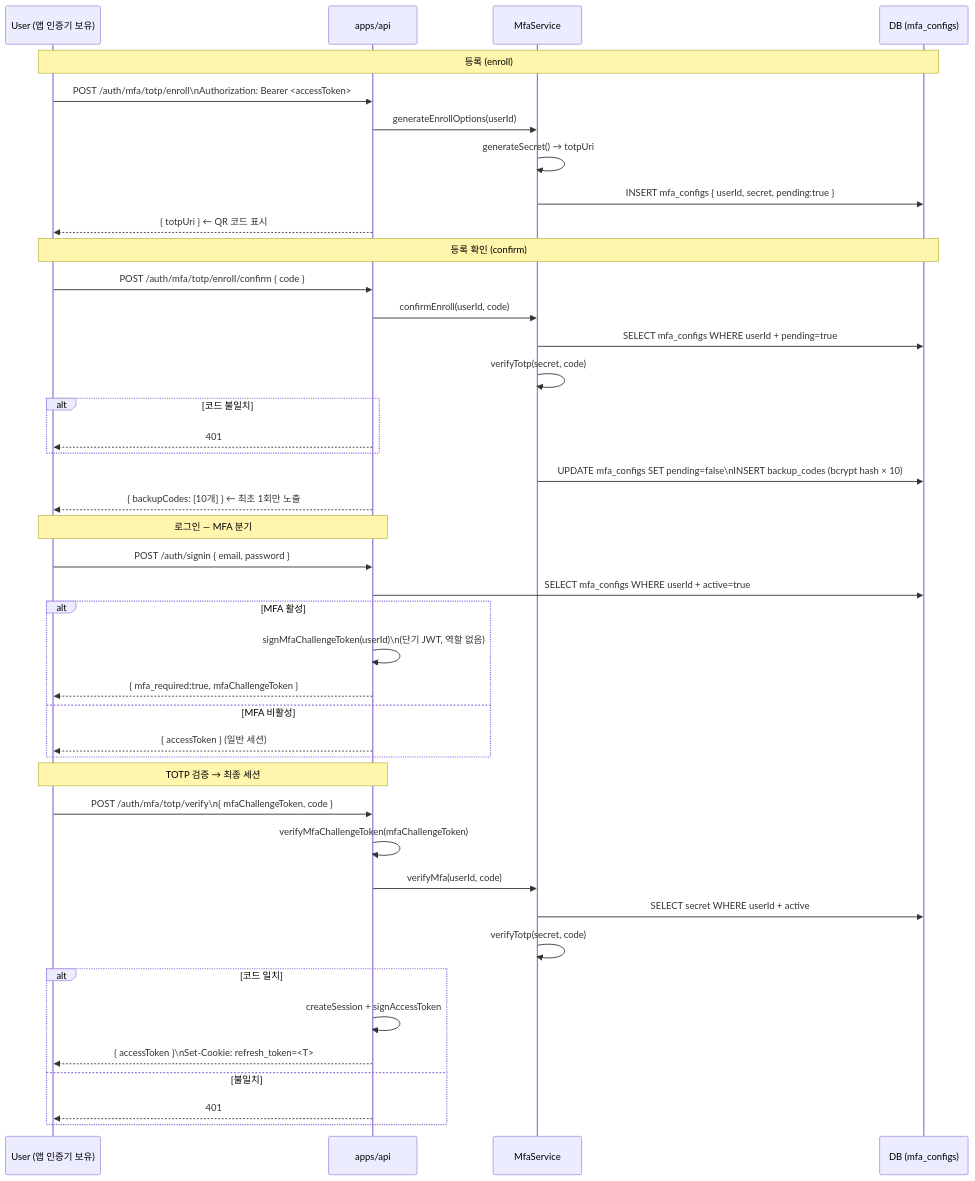
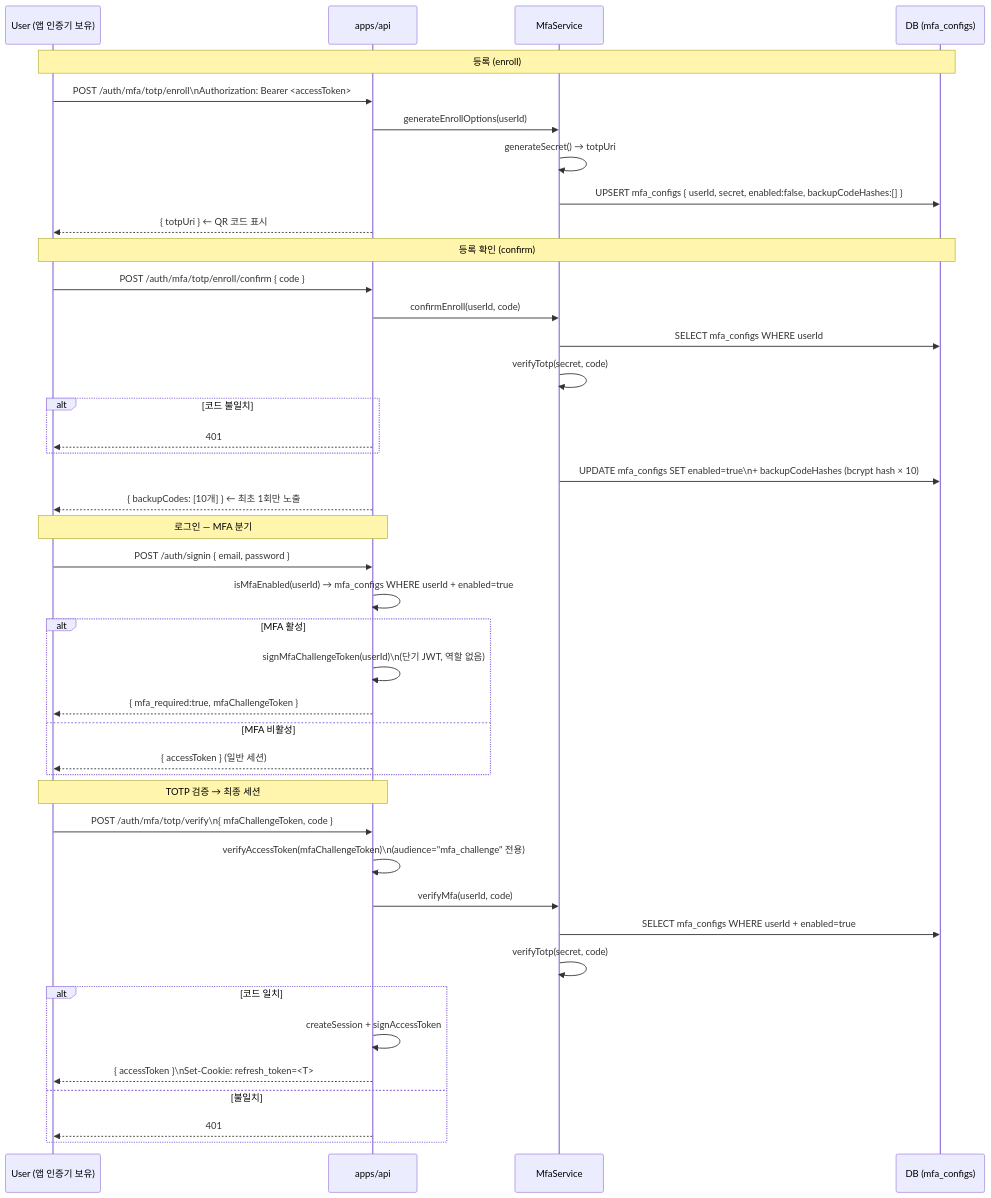
Before and after one commit to Changsik00/service-foundry: the diagram in docs/explainers/auth/mfa-totp-challenge.md, drawn with Mermaid. The commit also changed other lines of this file and 7 other files, not shown here.

````diff
--- a/docs/explainers/auth/mfa-totp-challenge.md
+++ b/docs/explainers/auth/mfa-totp-challenge.md
@@ -18,48 +18,48 @@
 ```mermaid
 sequenceDiagram
     participant U as User (앱 인증기 보유)
     participant API as apps/api
     participant MFA as MfaService
     participant DB as DB (mfa_configs)
 
     Note over U,DB: 등록 (enroll)
     U->>API: POST /auth/mfa/totp/enroll\nAuthorization: Bearer <accessToken>
     API->>MFA: generateEnrollOptions(userId)
     MFA->>MFA: generateSecret() → totpUri
-    MFA->>DB: INSERT mfa_configs { userId, secret, pending:true }
+    MFA->>DB: UPSERT mfa_configs { userId, secret, enabled:false, backupCodeHashes:[] }
     API-->>U: { totpUri } ← QR 코드 표시
 
     Note over U,DB: 등록 확인 (confirm)
     U->>API: POST /auth/mfa/totp/enroll/confirm { code }
     API->>MFA: confirmEnroll(userId, code)
-    MFA->>DB: SELECT mfa_configs WHERE userId + pending=true
+    MFA->>DB: SELECT mfa_configs WHERE userId
     MFA->>MFA: verifyTotp(secret, code)
     alt 코드 불일치
         API-->>U: 401
     end
-    MFA->>DB: UPDATE mfa_configs SET pending=false\nINSERT backup_codes (bcrypt hash × 10)
+    MFA->>DB: UPDATE mfa_configs SET enabled=true\n+ backupCodeHashes (bcrypt hash × 10)
     API-->>U: { backupCodes: [10개] } ← 최초 1회만 노출
 
     Note over U,API: 로그인 — MFA 분기
     U->>API: POST /auth/signin { email, password }
-    API->>DB: SELECT mfa_configs WHERE userId + active=true
+    API->>API: isMfaEnabled(userId) → mfa_configs WHERE userId + enabled=true
     alt MFA 활성
         API->>API: signMfaChallengeToken(userId)\n(단기 JWT, 역할 없음)
         API-->>U: { mfa_required:true, mfaChallengeToken }
     else MFA 비활성
         API-->>U: { accessToken } (일반 세션)
     end
 
     Note over U,API: TOTP 검증 → 최종 세션
     U->>API: POST /auth/mfa/totp/verify\n{ mfaChallengeToken, code }
-    API->>API: verifyMfaChallengeToken(mfaChallengeToken)
+    API->>API: verifyAccessToken(mfaChallengeToken)\n(audience="mfa_challenge" 전용)
     API->>MFA: verifyMfa(userId, code)
-    MFA->>DB: SELECT secret WHERE userId + active
+    MFA->>DB: SELECT mfa_configs WHERE userId + enabled=true
     MFA->>MFA: verifyTotp(secret, code)
     alt 코드 일치
         API->>API: createSession + signAccessToken
         API-->>U: { accessToken }\nSet-Cookie: refresh_token=<T>
     else 불일치
         API-->>U: 401
     end
 ```
````
